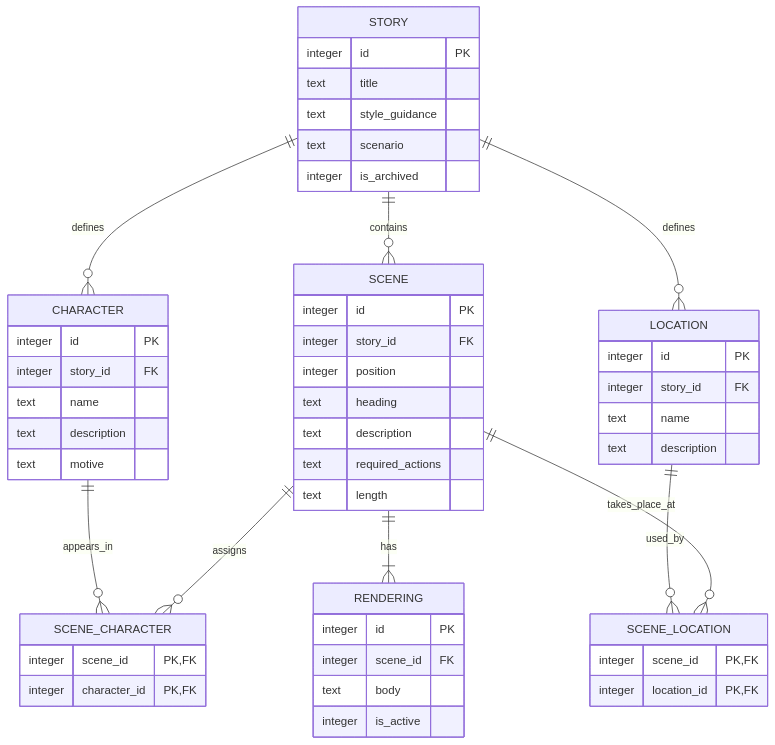
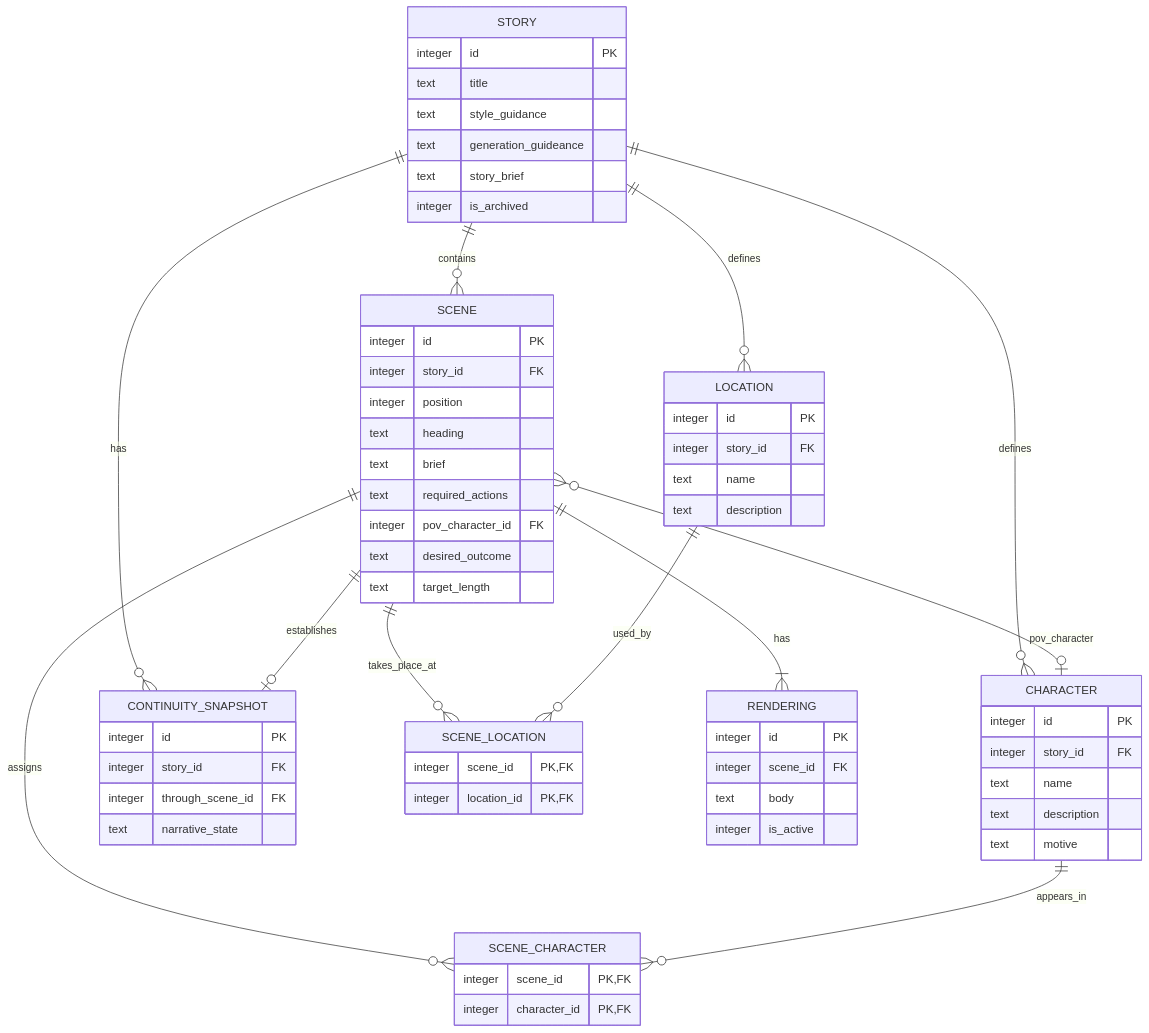
One commit to theBraindonor/scene-writer changed the diagram in docs/data-model.md. Above: the diagram before and after it, drawn with Mermaid. The commit also changed other lines of this file and 4 other files, not shown here.

````diff
--- a/docs/data-model.md
+++ b/docs/data-model.md
@@ -26,61 +28,74 @@
 ```mermaid
 erDiagram
     STORY ||--o{ SCENE : contains
     STORY ||--o{ CHARACTER : defines
     STORY ||--o{ LOCATION : defines
+    STORY ||--o{ CONTINUITY_SNAPSHOT : has
+    SCENE }o--o| CHARACTER : pov_character
     SCENE ||--o{ SCENE_CHARACTER : assigns
     CHARACTER ||--o{ SCENE_CHARACTER : appears_in
     SCENE ||--o{ SCENE_LOCATION : takes_place_at
     LOCATION ||--o{ SCENE_LOCATION : used_by
     SCENE ||--|{ RENDERING : has
+    SCENE ||--o| CONTINUITY_SNAPSHOT : establishes
 
     STORY {
         integer id PK
         text title
         text style_guidance
-        text scenario
+        text generation_guideance
+        text story_brief
         integer is_archived
     }
 
     SCENE {
         integer id PK
         integer story_id FK
         integer position
         text heading
-        text description
+        text brief
         text required_actions
-        text length
+        integer pov_character_id FK
+        text desired_outcome
+        text target_length
     }
 
     CHARACTER {
         integer id PK
         integer story_id FK
         text name
         text description
         text motive
     }
 
     LOCATION {
         integer id PK
         integer story_id FK
         text name
         text description
     }
 
     SCENE_CHARACTER {
         integer scene_id PK, FK
         integer character_id PK, FK
     }
 
     SCENE_LOCATION {
         integer scene_id PK, FK
         integer location_id PK, FK
     }
 
     RENDERING {
         integer id PK
         integer scene_id FK
         text body
         integer is_active
     }
+
+    CONTINUITY_SNAPSHOT {
+        integer id PK
+        integer story_id FK
+        integer through_scene_id FK
+        text narrative_state
+    }
 ```
````
